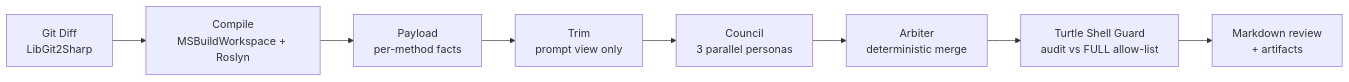
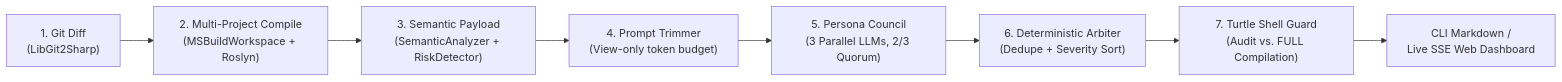
The diagram in README.md (prasadrane/Code-Turtle-Engine), drawn with Mermaid before and after one commit. The commit also changed other lines of this file and 1 other file, not shown here.

Commit message:
docs(readme): rewrite README for PMF showcase with compiler risk coverage, web dashboard preview, and benchmark tables

````diff
--- a/README.md
+++ b/README.md
@@ -71,10 +39,10 @@
 ```mermaid
 flowchart LR
-    A[Git Diff<br/>LibGit2Sharp] --> B[Compile<br/>MSBuildWorkspace + Roslyn]
-    B --> C[Payload<br/>per-method facts]
-    C --> D[Trim<br/>prompt view only]
-    D --> E[Council<br/>3 parallel personas]
-    E --> F[Arbiter<br/>deterministic merge]
-    F --> G[Turtle Shell Guard<br/>audit vs FULL allow-list]
-    G --> H[Markdown review<br/>+ artifacts]
+    A["1. Git Diff<br/>(LibGit2Sharp)"] --> B["2. Multi-Project Compile<br/>(MSBuildWorkspace + Roslyn)"]
+    B --> C["3. Semantic Payload<br/>(SemanticAnalyzer + RiskDetector)"]
+    C --> D["4. Prompt Trimmer<br/>(View-only token budget)"]
+    D --> E["5. Persona Council<br/>(3 Parallel LLMs, 2/3 Quorum)"]
+    E --> F["6. Deterministic Arbiter<br/>(Dedupe + Severity Sort)"]
+    F --> G["7. Turtle Shell Guard<br/>(Audit vs. FULL Compilation)"]
+    G --> H["CLI Markdown /<br/>Live SSE Web Dashboard"]
 ```
````
